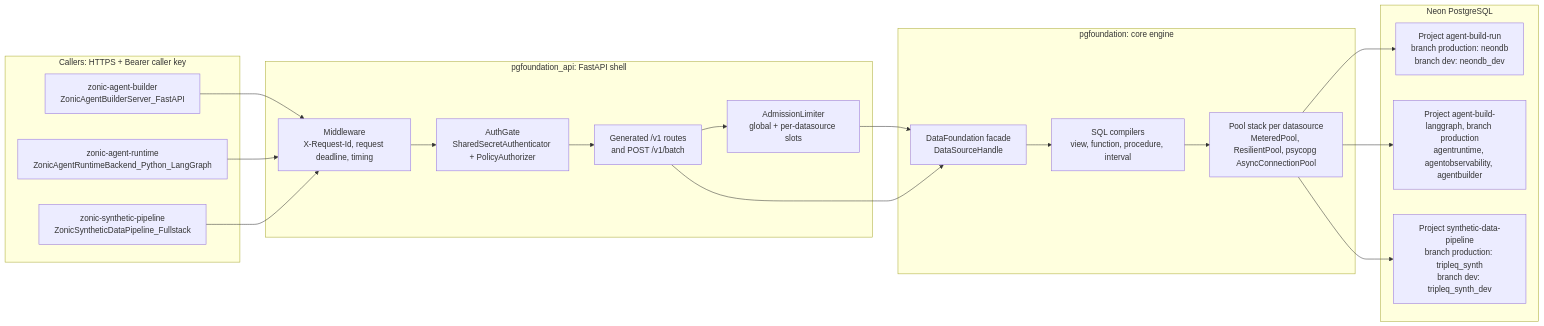
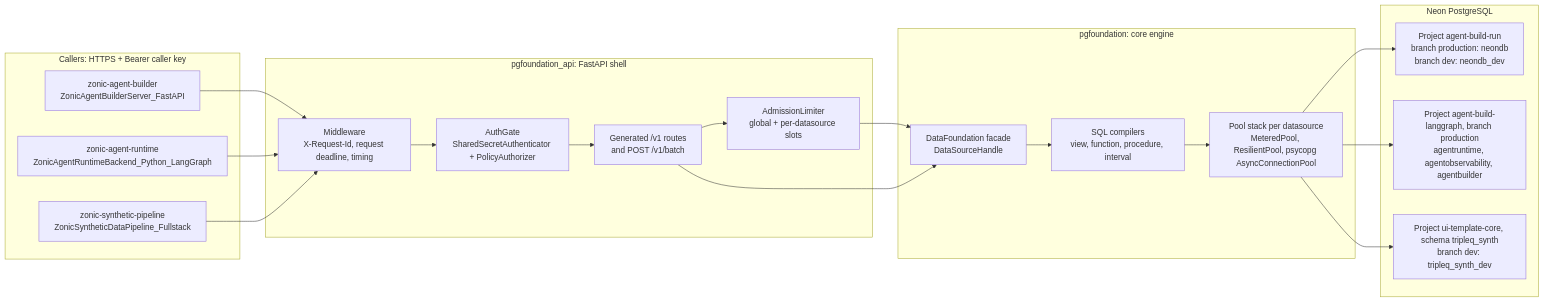
One commit to TripleQAI/ZonicPostgresqlServer_FastAPI changed the first of 2 diagrams in docs/technical-design.md. Above: the diagram before and after it, drawn with Mermaid. The commit also changed other lines of this file and 4 other files, not shown here.

````diff
--- a/docs/technical-design.md
+++ b/docs/technical-design.md
@@ -16,30 +16,30 @@
 ```mermaid
 flowchart LR
   subgraph callers["Callers: HTTPS + Bearer caller key"]
     B["zonic-agent-builder<br/>ZonicAgentBuilderServer_FastAPI"]
     R["zonic-agent-runtime<br/>ZonicAgentRuntimeBackend_Python_LangGraph"]
     S["zonic-synthetic-pipeline<br/>ZonicSyntheticDataPipeline_Fullstack"]
   end
   subgraph gw["pgfoundation_api: FastAPI shell"]
     MW["Middleware<br/>X-Request-Id, request deadline, timing"]
     AG["AuthGate<br/>SharedSecretAuthenticator + PolicyAuthorizer"]
     RT["Generated /v1 routes<br/>and POST /v1/batch"]
     AL["AdmissionLimiter<br/>global + per-datasource slots"]
   end
   subgraph core["pgfoundation: core engine"]
     FA["DataFoundation facade<br/>DataSourceHandle"]
     CP["SQL compilers<br/>view, function, procedure, interval"]
     PS["Pool stack per datasource<br/>MeteredPool, ResilientPool, psycopg AsyncConnectionPool"]
   end
   subgraph neon["Neon PostgreSQL"]
     N1["Project agent-build-run<br/>branch production: neondb<br/>branch dev: neondb_dev"]
     N2["Project agent-build-langgraph, branch production<br/>agentruntime, agentobservability, agentbuilder"]
-    N3["Project synthetic-data-pipeline<br/>branch production: tripleq_synth<br/>branch dev: tripleq_synth_dev"]
+    N3["Project ui-template-core, schema tripleq_synth<br/>branch dev: tripleq_synth_dev"]
   end
   B & R & S --> MW
   MW --> AG --> RT
   RT --> AL --> FA
   RT --> FA
   FA --> CP --> PS
   PS --> N1 & N2 & N3
 ```
````
